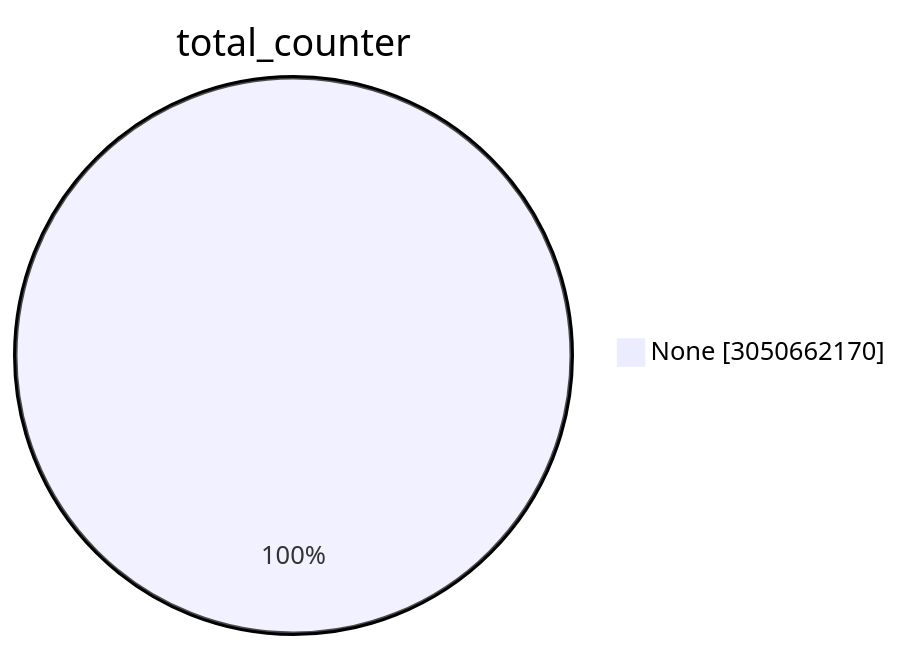
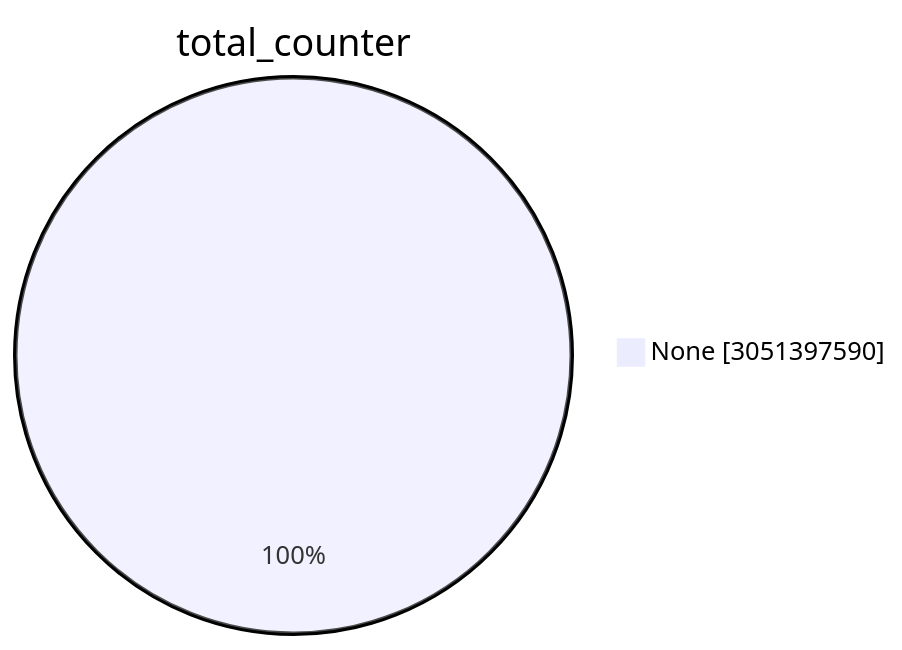
The first of 15 diagrams in TOTAL/README.md (christiankrug/ctmonitor_visualization), drawn with Mermaid before and after one commit. The commit also changed other lines of this file, not shown here.

````diff
--- a/TOTAL/README.md
+++ b/TOTAL/README.md
@@ -1,5 +1,5 @@
 ```mermaid
 pie showData
 title total_counter
-"None" :3050662170
+"None" :3051397590
 ```
````
